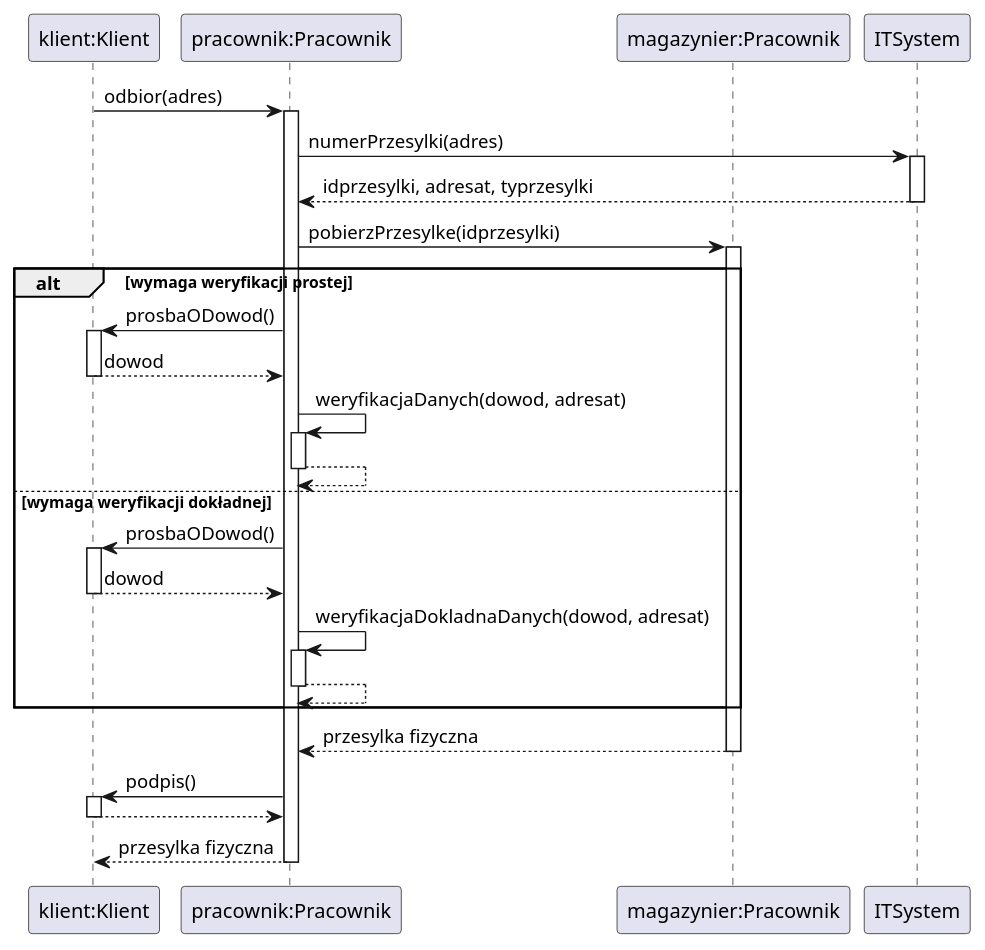
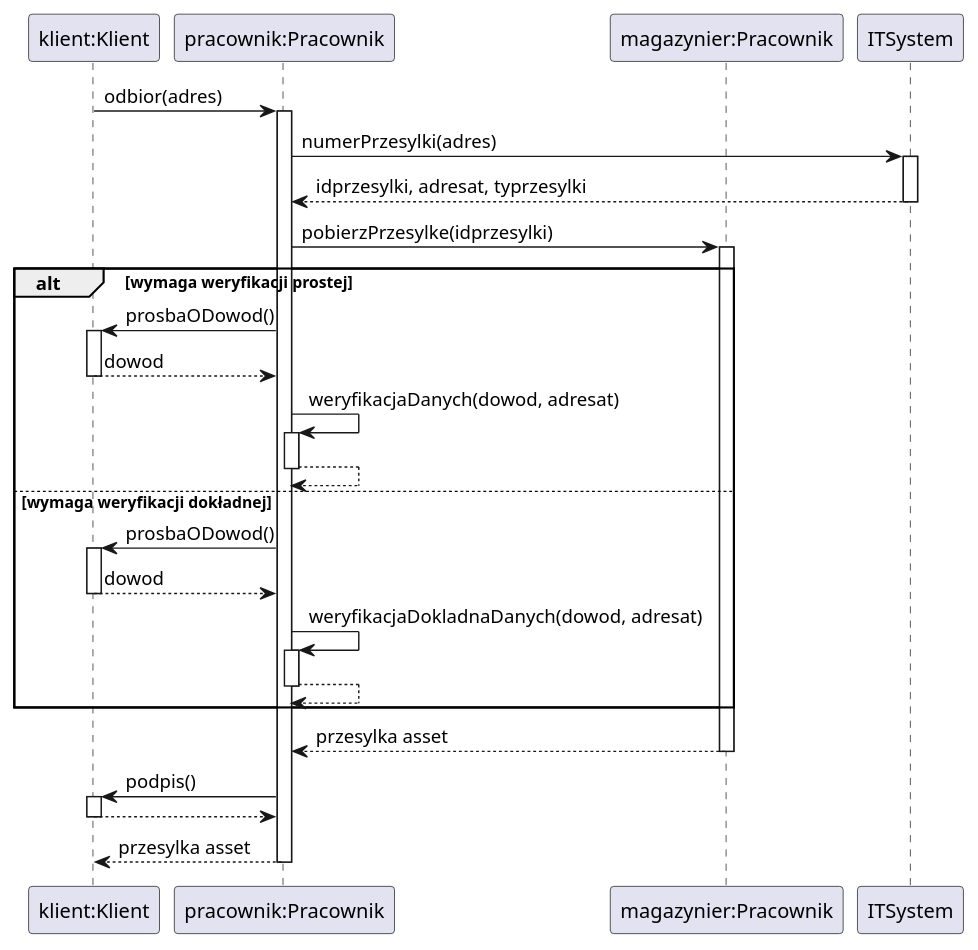
Before and after one commit to kpodlaski/ProjektowanieObiektowe_2024-24: the diagram in zaoczne/g2/poczta_diagr.sekwencji.plantuml, drawn with PlantUML. The commit also changed 1 other file, not shown here.

```diff
--- a/zaoczne/g2/poczta_diagr.sekwencji.plantuml
+++ b/zaoczne/g2/poczta_diagr.sekwencji.plantuml
@@ -1,40 +1,40 @@
 @startuml
 
 participant "klient:Klient" as klient
 participant "pracownik:Pracownik" as pracownik
 participant "magazynier:Pracownik" as magazynier
 participant ITSystem
 klient -> pracownik : odbior(adres)
 activate pracownik
 pracownik -> ITSystem : numerPrzesylki(adres)
 activate ITSystem
 'return idprzesylki
 ITSystem --> pracownik : idprzesylki, adresat, typrzesylki
 deactivate ITSystem
 pracownik -> magazynier : pobierzPrzesylke(idprzesylki)
 activate magazynier
 alt wymaga weryfikacji prostej
 pracownik -> klient : prosbaODowod()
 activate klient
 return dowod
 
 pracownik -> pracownik: weryfikacjaDanych(dowod, adresat)
 activate pracownik
 return
 else wymaga weryfikacji dokładnej
 pracownik -> klient : prosbaODowod()
 activate klient
 return dowod
 pracownik -> pracownik: weryfikacjaDokladnaDanych(dowod, adresat)
 activate pracownik
 return
 end
-magazynier --> pracownik: przesylka fizyczna
+magazynier --> pracownik: przesylka asset
 deactivate magazynier
 pracownik -> klient: podpis()
 activate klient
 return
-pracownik --> klient : przesylka fizyczna
+pracownik --> klient : przesylka asset
 deactivate pracownik
 
 @enduml
```
